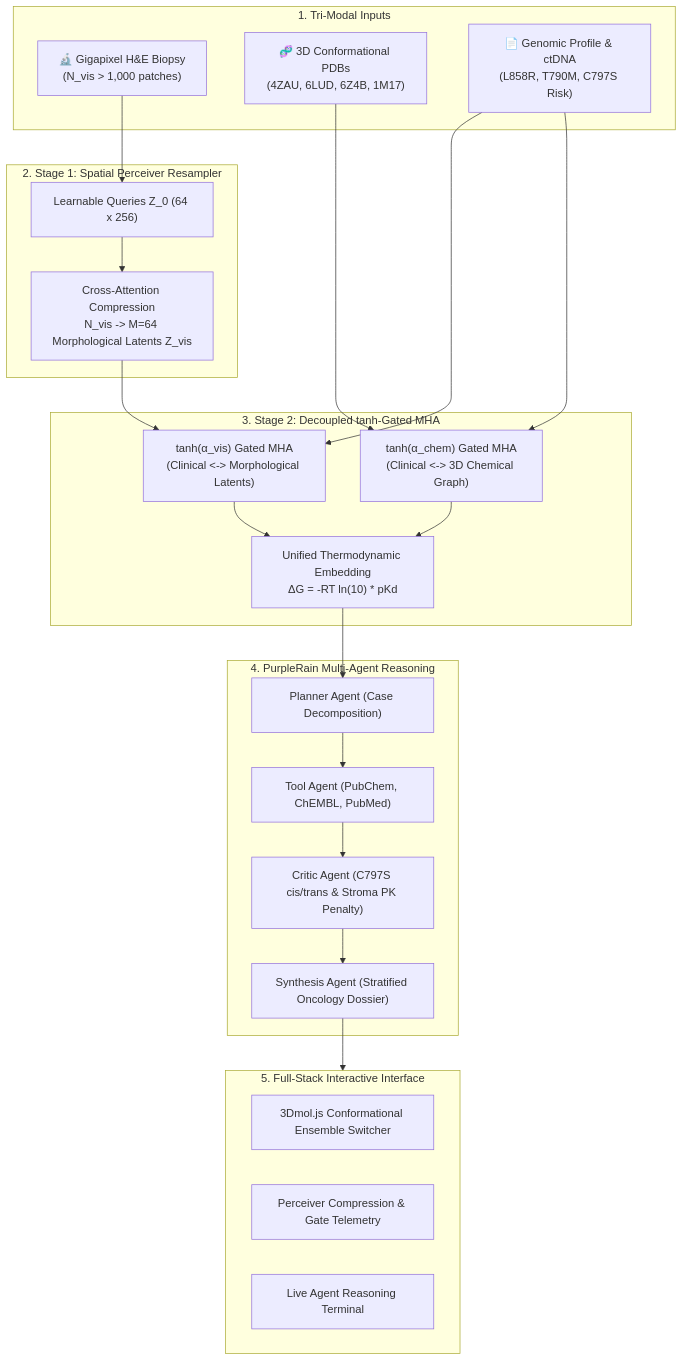
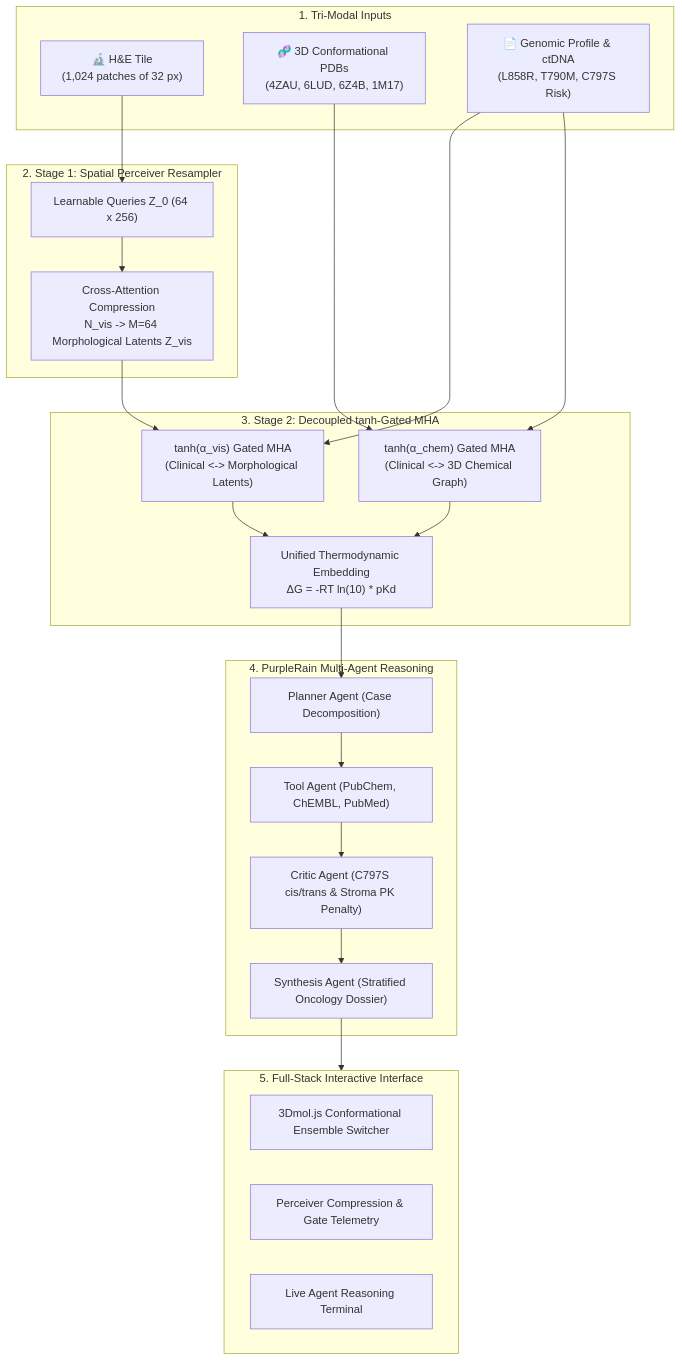
Before and after one commit to Karasuke-Riyoko/OmniBIo-Agent: the diagram in README.md, drawn with Mermaid. The commit also changed other lines of this file and 27 other files, not shown here.

````diff
--- a/README.md
+++ b/README.md
@@ -33,38 +33,38 @@
 ```mermaid
 flowchart TD
     subgraph Inputs["1. Tri-Modal Inputs"]
-        M1["🔬 Gigapixel H&E Biopsy\n(N_vis > 1,000 patches)"]
+        M1["🔬 H&E Tile\n(1,024 patches of 32 px)"]
         M2["🧬 3D Conformational PDBs\n(4ZAU, 6LUD, 6Z4B, 1M17)"]
         M3["📄 Genomic Profile & ctDNA\n(L858R, T790M, C797S Risk)"]
     end
 
     subgraph Stage1["2. Stage 1: Spatial Perceiver Resampler"]
         P1["Learnable Queries Z_0 (64 x 256)"]
         P2["Cross-Attention Compression\nN_vis -> M=64 Morphological Latents Z_vis"]
     end
 
     subgraph Stage2["3. Stage 2: Decoupled tanh-Gated MHA"]
         G1["tanh(α_vis) Gated MHA\n(Clinical <-> Morphological Latents)"]
         G2["tanh(α_chem) Gated MHA\n(Clinical <-> 3D Chemical Graph)"]
         G3["Unified Thermodynamic Embedding\nΔG = -RT ln(10) * pKd"]
     end
 
     subgraph AgenticLoop["4. PurpleRain Multi-Agent Reasoning"]
         A1["Planner Agent (Case Decomposition)"]
         A2["Tool Agent (PubChem, ChEMBL, PubMed)"]
         A3["Critic Agent (C797S cis/trans & Stroma PK Penalty)"]
         A4["Synthesis Agent (Stratified Oncology Dossier)"]
     end
 
     subgraph UI["5. Full-Stack Interactive Interface"]
         V1["3Dmol.js Conformational Ensemble Switcher"]
         V2["Perceiver Compression & Gate Telemetry"]
         V3["Live Agent Reasoning Terminal"]
     end
 
     M1 --> P1 --> P2
     M2 --> G2
     M3 --> G1 & G2
     P2 --> G1
     G1 & G2 --> G3 --> A1 --> A2 --> A3 --> A4 --> UI
 ```
````
